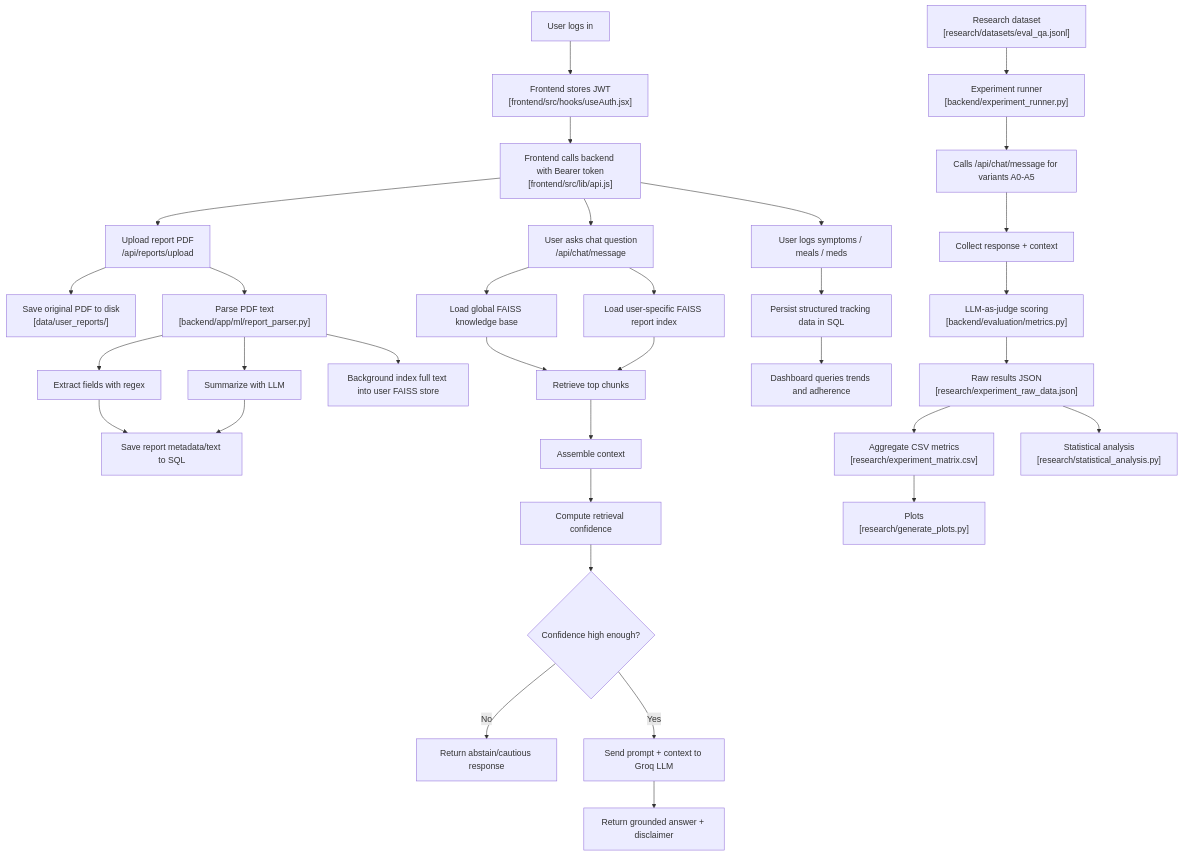
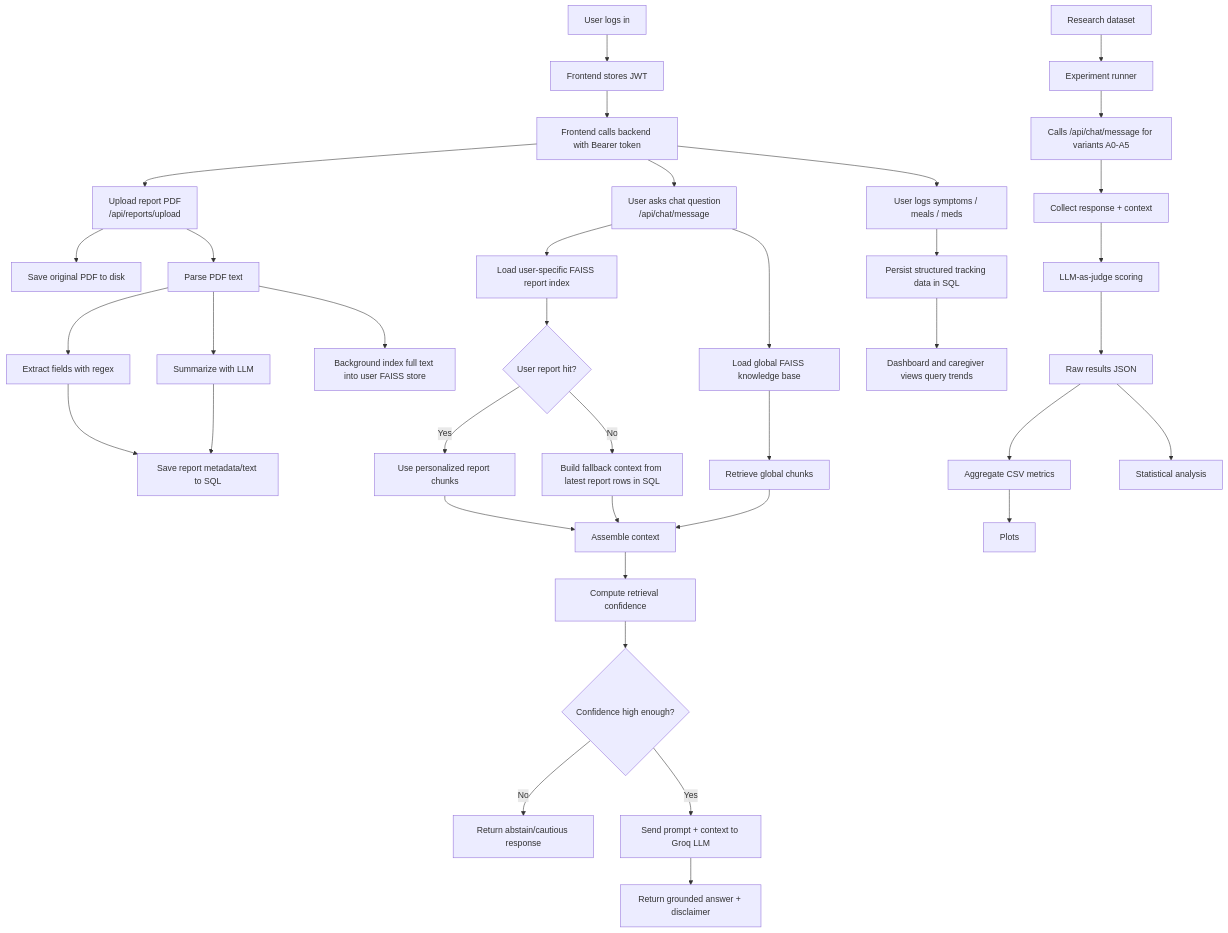
One commit to Sean-Pereira-945/CancerCare changed the second of 2 diagrams in README.md. Above: the diagram before and after it, drawn with Mermaid. The commit also changed other lines of this file and 1 other file, not shown here.

Commit message:
docs: sync readmes with current app behavior

````diff
--- a/README.md
+++ b/README.md
@@ -232,41 +243,44 @@
 ```mermaid
 flowchart TD
-    A["User logs in"] --> B["Frontend stores JWT\n[frontend/src/hooks/useAuth.jsx]"]
-    B --> C["Frontend calls backend with Bearer token\n[frontend/src/lib/api.js]"]
+    A["User logs in"] --> B["Frontend stores JWT"]
+    B --> C["Frontend calls backend with Bearer token"]
 
     C --> D["Upload report PDF\n/api/reports/upload"]
-    D --> E["Save original PDF to disk\n[data/user_reports/]"]
-    D --> F["Parse PDF text\n[backend/app/ml/report_parser.py]"]
+    D --> E["Save original PDF to disk"]
+    D --> F["Parse PDF text"]
     F --> G["Extract fields with regex"]
     F --> H["Summarize with LLM"]
     G --> I["Save report metadata/text to SQL"]
     H --> I
     F --> J["Background index full text into user FAISS store"]
 
     C --> K["User asks chat question\n/api/chat/message"]
     K --> L["Load global FAISS knowledge base"]
     K --> M["Load user-specific FAISS report index"]
-    L --> N["Retrieve top chunks"]
-    M --> N
-    N --> O["Assemble context"]
-    O --> P["Compute retrieval confidence"]
-    P --> Q{"Confidence high enough?"}
+    M --> N{"User report hit?"}
+    N -->|Yes| O["Use personalized report chunks"]
+    N -->|No| P["Build fallback context from latest report rows in SQL"]
+    L --> Q["Retrieve global chunks"]
+    O --> R["Assemble context"]
+    P --> R
+    Q --> R
+    R --> S["Compute retrieval confidence"]
+    S --> T{"Confidence high enough?"}
 
-    Q -->|No| R["Return abstain/cautious response"]
-    Q -->|Yes| S["Send prompt + context to Groq LLM"]
-    S --> T["Return grounded answer + disclaimer"]
+    T -->|No| U["Return abstain/cautious response"]
+    T -->|Yes| V["Send prompt + context to Groq LLM"]
+    V --> W["Return grounded answer + disclaimer"]
 
-    C --> U["User logs symptoms / meals / meds"]
-    U --> V["Persist structured tracking data in SQL"]
-    V --> W["Dashboard queries trends and adherence"]
+    C --> X["User logs symptoms / meals / meds"]
+    X --> Y["Persist structured tracking data in SQL"]
+    Y --> Z["Dashboard and caregiver views query trends"]
 
-    X["Research dataset\n[research/datasets/eval_qa.jsonl]"] --> Y["Experiment runner\n[backend/experiment_runner.py]"]
-    Y --> Z["Calls /api/chat/message for variants A0-A5"]
-    Z --> AA["Collect response + context"]
-    AA --> AB["LLM-as-judge scoring\n[backend/evaluation/metrics.py]"]
-    AB --> AC["Raw results JSON\n[research/experiment_raw_data.json]"]
-    AC --> AD["Aggregate CSV metrics\n[research/experiment_matrix.csv]"]
-    AC --> AE["Statistical analysis\n[research/statistical_analysis.py]"]
-    AD --> AF["Plots\n[research/generate_plots.py]"]
-
+    AA["Research dataset"] --> AB["Experiment runner"]
+    AB --> AC["Calls /api/chat/message for variants A0-A5"]
+    AC --> AD["Collect response + context"]
+    AD --> AE["LLM-as-judge scoring"]
+    AE --> AF["Raw results JSON"]
+    AF --> AG["Aggregate CSV metrics"]
+    AF --> AH["Statistical analysis"]
+    AG --> AI["Plots"]
 ```
````
